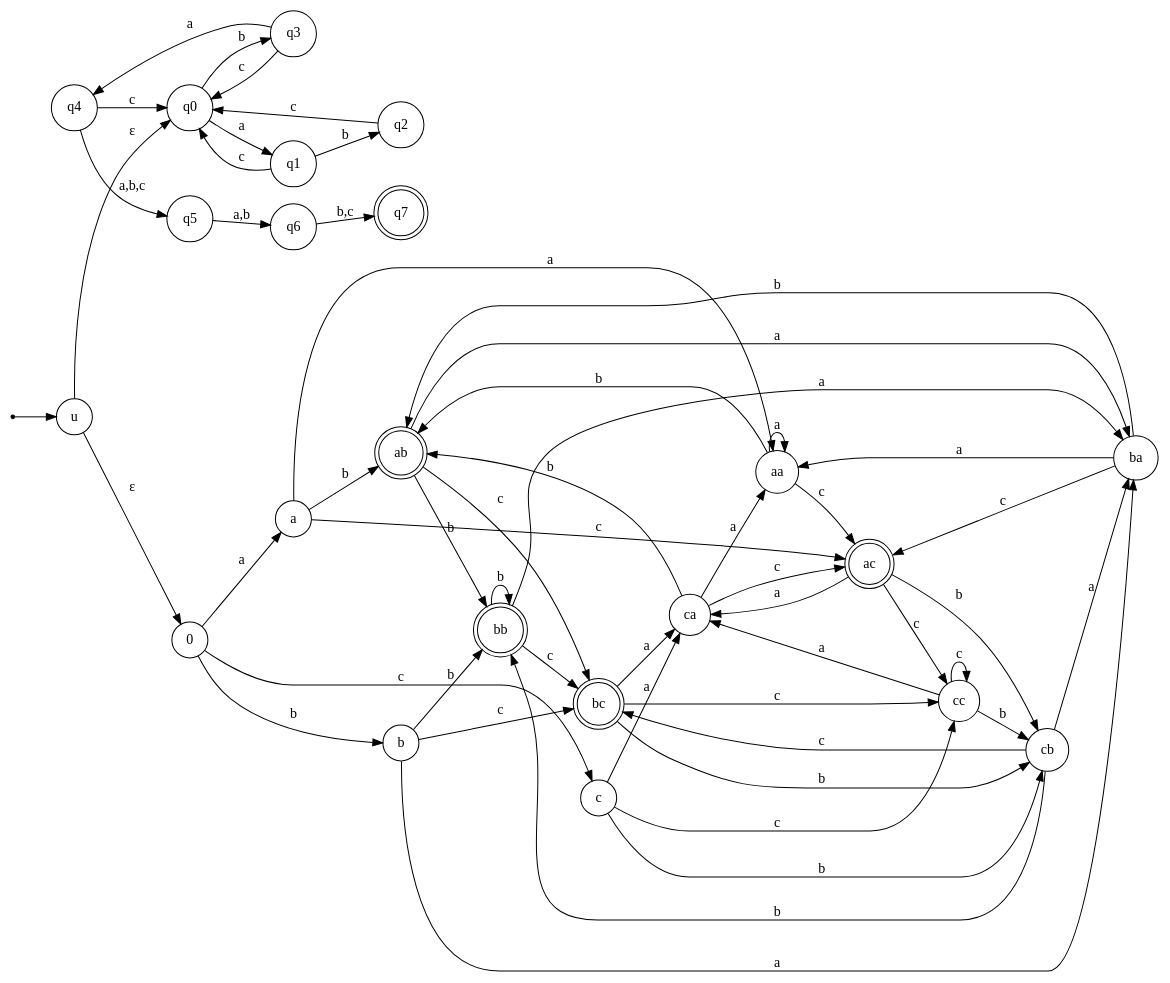
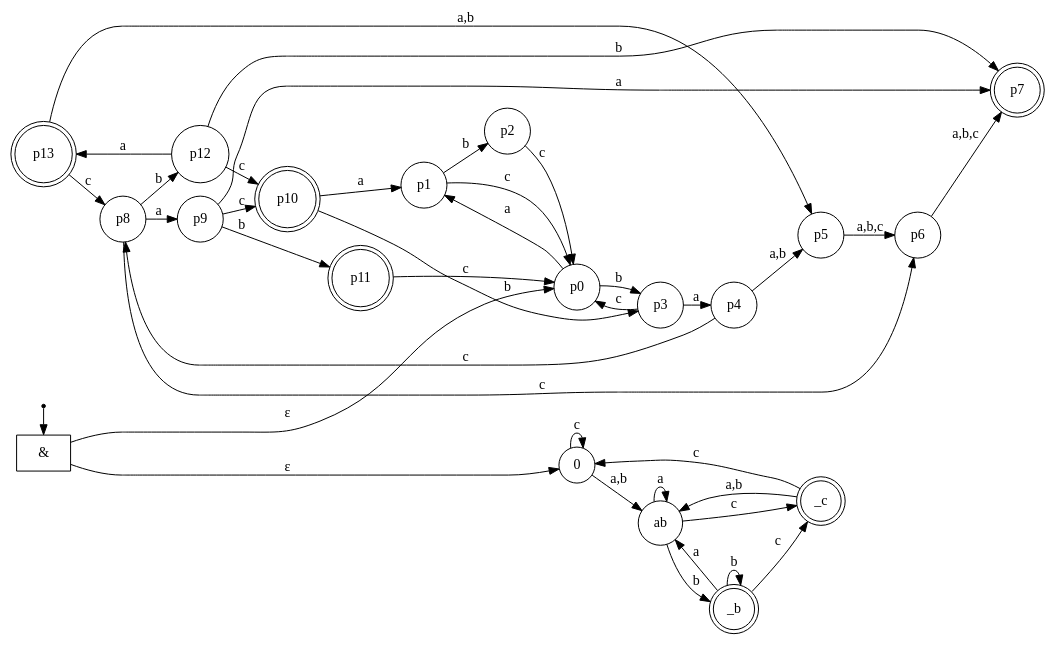
The diagram in lab2/dots/AFA1.dot (yoiviq/tfl), drawn with Graphviz before and after one commit. The commit also changed 6 other files, not shown here.

```diff
--- a/lab2/dots/AFA1.dot
+++ b/lab2/dots/AFA1.dot
@@ -1,82 +1,83 @@
 digraph AFA {
-    rankdir=LR;
-    node [shape=doublecircle];
-    q7; ab; ac; bb; bc;
+  rankdir=LR;
+  splines=true;
+  compound=true;
+  nodesep=0.2;
+  ranksep=0.2;
 
-    node [shape=circle];
-    start [shape=point];
-    start -> u;
+  node [shape=doublecircle];
+  p7 p10 p11 p13;
+  _b _c;
 
-    u -> q0 [label="ε"];
-    u -> 0 [label="ε"];
+  node [shape=circle];
 
-    q0 -> q1 [label="a"];
-    q0 -> q3 [label="b"];
+  start [shape=point];
+  and [shape=box, label="&"];
 
-    q1 -> q2 [label="b"];
-    q1 -> q0 [label="c"];
+  start -> and;
 
-    q2 -> q0 [label="c"];
+  and -> p0 [label="ε"];
+  and -> 0  [label="ε"];
 
-    q3 -> q4 [label="a"];
-    q3 -> q0 [label="c"];
+  { rank=same; p0; 0; }
+  p0 -> 0 [style=invis, weight=50];
 
-    q4 -> q0 [label="c"];  
+  { rank=min; start; and; }
 
-    q4 -> q5 [label="a,b,c"]; 
-    q5 -> q6 [label="a,b"];    
-    q6 -> q7 [label="b,c"];
+  p0 p1 p2 p3 p4 p5 p6 p7 p8 p9 p10 p11 p12 p13;
+
+  p0  -> p1  [label="a"];
+  p0  -> p3  [label="b"];
+
+  p1  -> p2  [label="b"];
+  p1  -> p0  [label="c"];
+
+  p2  -> p0  [label="c"];
+
+  p3  -> p4  [label="a"];
+  p3  -> p0  [label="c"];
+
+  p4  -> p5  [label="a,b"];
+  p4  -> p8  [label="c"];
+
+  p5  -> p6  [label="a,b,c"];
+  p6  -> p7  [label="a,b,c"];
+
+  p8  -> p9  [label="a"];
+  p8  -> p12 [label="b"];
+  p8  -> p6  [label="c"];
+
+  p9  -> p7  [label="a"];
+  p9  -> p11 [label="b"];
+  p9  -> p10 [label="c"];
+
+  p10 -> p1  [label="a"];
+  p10 -> p3  [label="b"];
+
+  p11 -> p0  [label="c"];
+
+  p12 -> p13 [label="a"];
+  p12 -> p7  [label="b"];
+  p12 -> p10 [label="c"];
+
+  p13 -> p5  [label="a,b"];
+  p13 -> p8  [label="c"];
+
+  0 ab _b _c;
+
+  0  -> ab [label="a,b"];
+  0  -> 0  [label="c"];
+
+  ab -> _b [label="b"];
+  ab -> _c [label="c"];
+  ab -> ab [label="a"];
+
+  _b -> _b [label="b"];
+  _b -> ab [label="a"];
+  _b -> _c [label="c"];
+
+  _c -> ab [label="a,b"];
+  _c -> 0  [label="c"];
 
 
-    0  -> a [label="a"];
-    0  -> b [label="b"];
-    0  -> c [label="c"];
-
-    a  -> aa [label="a"];
-    a  -> ab [label="b"];
-    a  -> ac [label="c"];
-
-    b  -> ba [label="a"];
-    b  -> bb [label="b"];
-    b  -> bc [label="c"];
-
-    c  -> ca [label="a"];
-    c  -> cb [label="b"];
-    c  -> cc [label="c"];
-
-    aa -> aa [label="a"];
-    aa -> ab [label="b"];
-    aa -> ac [label="c"];
-
-    ab -> ba [label="a"];
-    ab -> bb [label="b"];
-    ab -> bc [label="c"];
-
-    ac -> ca [label="a"];
-    ac -> cb [label="b"];
-    ac -> cc [label="c"];
-
-    ba -> aa [label="a"];
-    ba -> ab [label="b"];
-    ba -> ac [label="c"];
-
-    bb -> ba [label="a"];
-    bb -> bb [label="b"];
-    bb -> bc [label="c"];
-
-    bc -> ca [label="a"];
-    bc -> cb [label="b"];
-    bc -> cc [label="c"];
-
-    ca -> aa [label="a"];
-    ca -> ab [label="b"];
-    ca -> ac [label="c"];
-
-    cb -> ba [label="a"];
-    cb -> bb [label="b"];
-    cb -> bc [label="c"];
-
-    cc -> ca [label="a"];
-    cc -> cb [label="b"];
-    cc -> cc [label="c"];
 }
```
